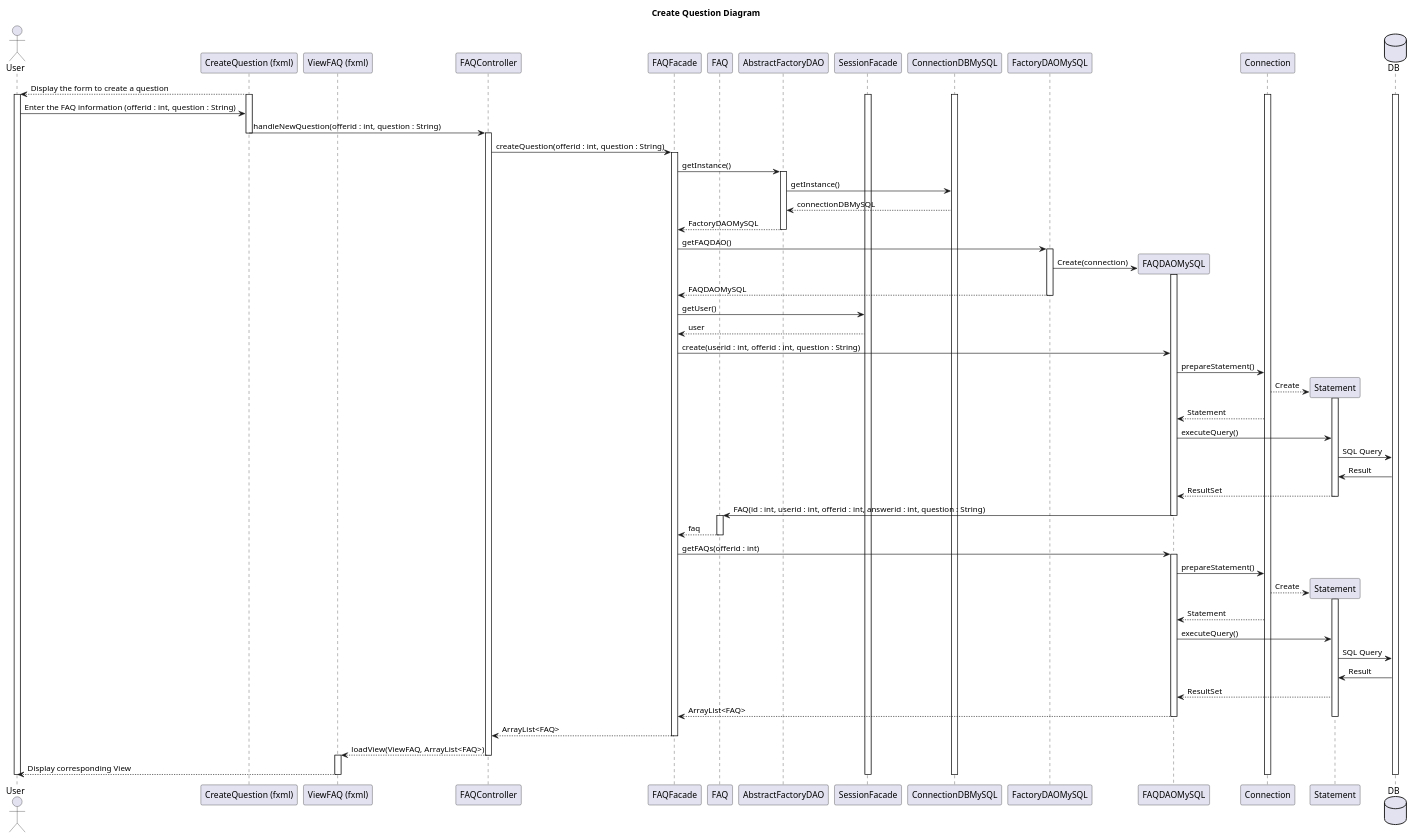
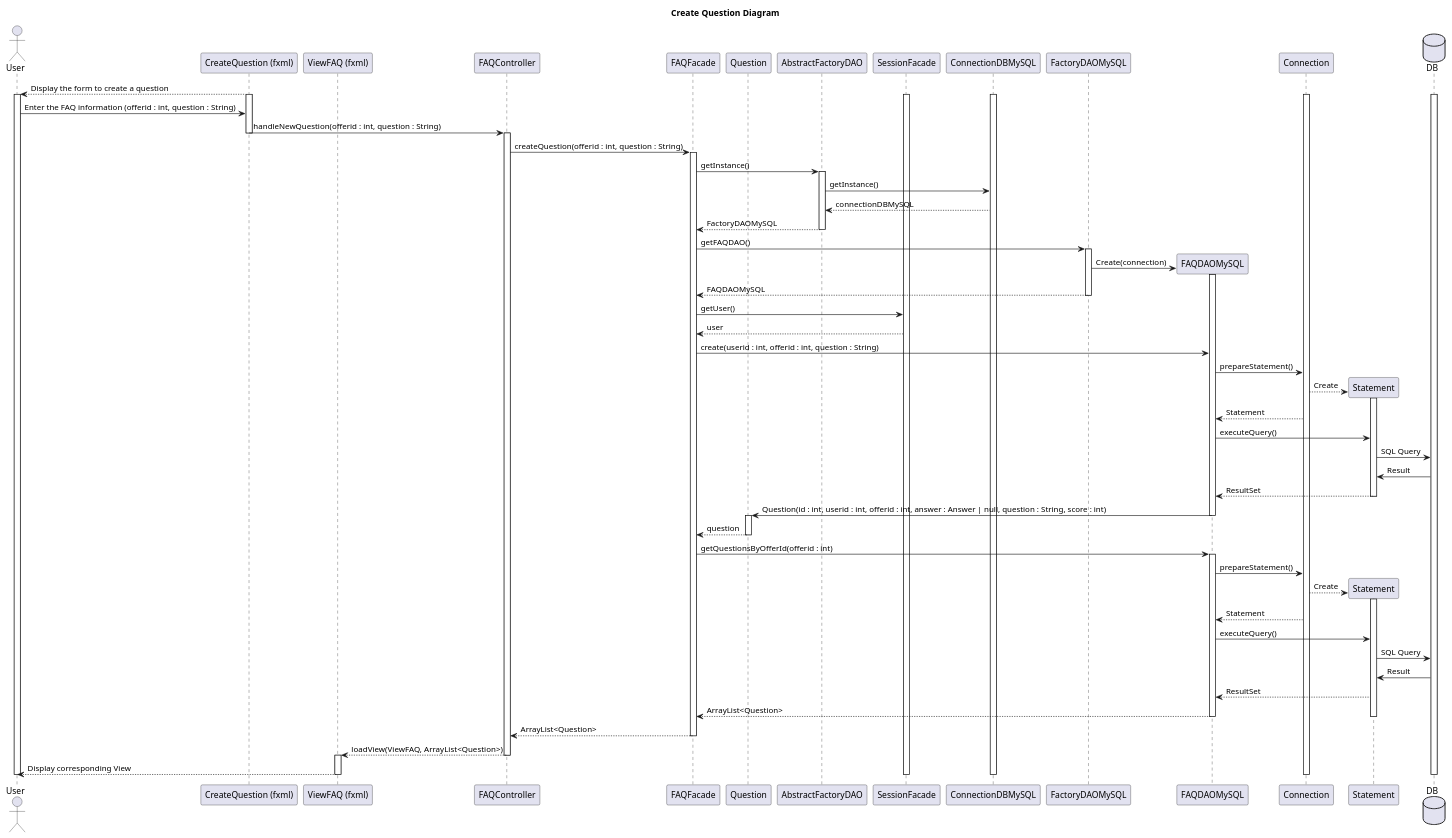
One commit to LaunoisRemy/ToolShare changed the diagram in documents/diagram/FAQ/FAQSequence.puml. Above: the diagram before and after it, drawn with PlantUML.

Commit message:
UPDATE sequence diagram for FAQ

```diff
--- a/documents/diagram/FAQ/FAQSequence.puml
+++ b/documents/diagram/FAQ/FAQSequence.puml
@@ -1,145 +1,145 @@
 @startuml
 title Create Question Diagram
 
 actor User
 participant "CreateQuestion (fxml)"
 participant "ViewFAQ (fxml)"
 participant FAQController
 participant FAQFacade
-participant FAQ
+participant Question
 participant AbstractFactoryDAO
 participant SessionFacade
 participant ConnectionDBMySQL
 participant FactoryDAOMySQL
 participant FAQDAOMySQL
 participant Connection
 participant Statement
 database DB
 
 
 "CreateQuestion (fxml)"-->User: Display the form to create a question
 
 activate "CreateQuestion (fxml)"
 activate User
 activate DB
 activate Connection
 activate ConnectionDBMySQL
 activate SessionFacade
 
 
 User->"CreateQuestion (fxml)":Enter the FAQ information (offerid : int, question : String)
 
 "CreateQuestion (fxml)"->FAQController: handleNewQuestion(offerid : int, question : String)
 
 deactivate "CreateQuestion (fxml)"
 
 activate FAQController
 
 FAQController->FAQFacade:createQuestion(offerid : int, question : String)
 
 activate FAQFacade
 
 FAQFacade->AbstractFactoryDAO:getInstance()
 
 activate AbstractFactoryDAO
 
 AbstractFactoryDAO -> ConnectionDBMySQL : getInstance()
 
 AbstractFactoryDAO <-- ConnectionDBMySQL : connectionDBMySQL
 
 AbstractFactoryDAO--> FAQFacade : FactoryDAOMySQL
 
 deactivate AbstractFactoryDAO
 
 FAQFacade -> FactoryDAOMySQL:getFAQDAO()
 
 activate FactoryDAOMySQL
 
 FactoryDAOMySQL->FAQDAOMySQL **:Create(connection)
 
 activate FAQDAOMySQL
 
 FactoryDAOMySQL-->FAQFacade:FAQDAOMySQL
 
 deactivate FactoryDAOMySQL
 
 FAQFacade->SessionFacade: getUser()
 
 SessionFacade-->FAQFacade: user
 
 FAQFacade->FAQDAOMySQL: create(userid : int, offerid : int, question : String)
 
 FAQDAOMySQL->Connection: prepareStatement()
 
 Connection-->Statement **: Create
 
 activate Statement
 
 Connection-->FAQDAOMySQL: Statement
 
 FAQDAOMySQL->Statement:executeQuery()
 
 Statement->DB: SQL Query
 
 DB->Statement:Result
 
 Statement-->FAQDAOMySQL: ResultSet
 
 deactivate Statement
 
-FAQDAOMySQL->FAQ: FAQ(id : int, userid : int, offerid : int, answerid : int, question : String)
+FAQDAOMySQL->Question: Question(id : int, userid : int, offerid : int, answer : Answer | null, question : String, score : int)
 
 deactivate FAQDAOMySQL
 
-activate FAQ
+activate Question
 
-FAQ-->FAQFacade: faq
+Question-->FAQFacade: question
 
-deactivate FAQ
+deactivate Question
 
-FAQFacade->FAQDAOMySQL: getFAQs(offerid : int)
+FAQFacade->FAQDAOMySQL: getQuestionsByOfferId(offerid : int)
 
 activate FAQDAOMySQL
 
 FAQDAOMySQL->Connection: prepareStatement()
 
 Connection-->Statement **: Create
 
 activate Statement
 
 Connection-->FAQDAOMySQL: Statement
 
 FAQDAOMySQL->Statement:executeQuery()
 
 Statement->DB: SQL Query
 
 DB->Statement:Result
 
 Statement-->FAQDAOMySQL: ResultSet
 
-FAQDAOMySQL-->FAQFacade: ArrayList<FAQ>
+FAQDAOMySQL-->FAQFacade: ArrayList<Question>
 
 deactivate FAQDAOMySQL
 
 deactivate Statement
 
-FAQFacade-->FAQController: ArrayList<FAQ>
+FAQFacade-->FAQController: ArrayList<Question>
 
 deactivate FAQFacade
 
-FAQController-->"ViewFAQ (fxml)": loadView(ViewFAQ, ArrayList<FAQ>)
+FAQController-->"ViewFAQ (fxml)": loadView(ViewFAQ, ArrayList<Question>)
 
 deactivate FAQController
 
 activate "ViewFAQ (fxml)"
 
 "ViewFAQ (fxml)"-->User: Display corresponding View
 
 deactivate SessionFacade
 deactivate "ViewFAQ (fxml)"
 deactivate DB
 deactivate User
 deactivate ConnectionDBMySQL
 deactivate Connection
 
 @enduml
```
